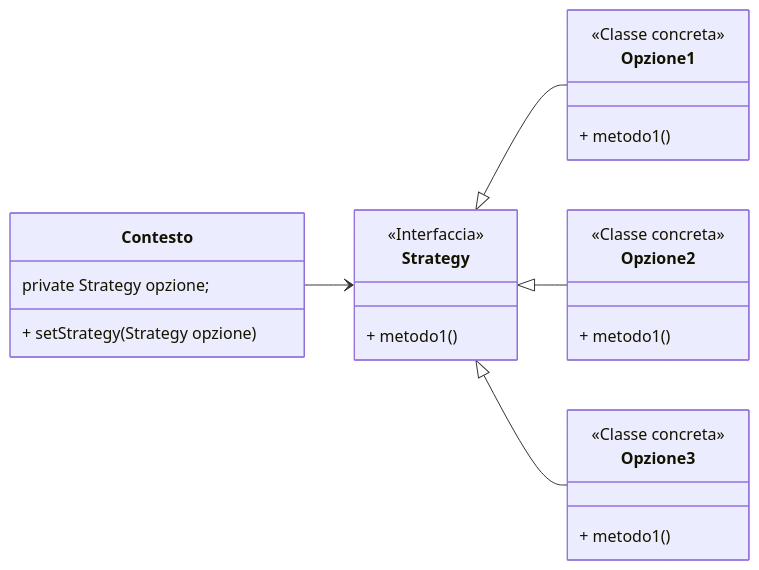
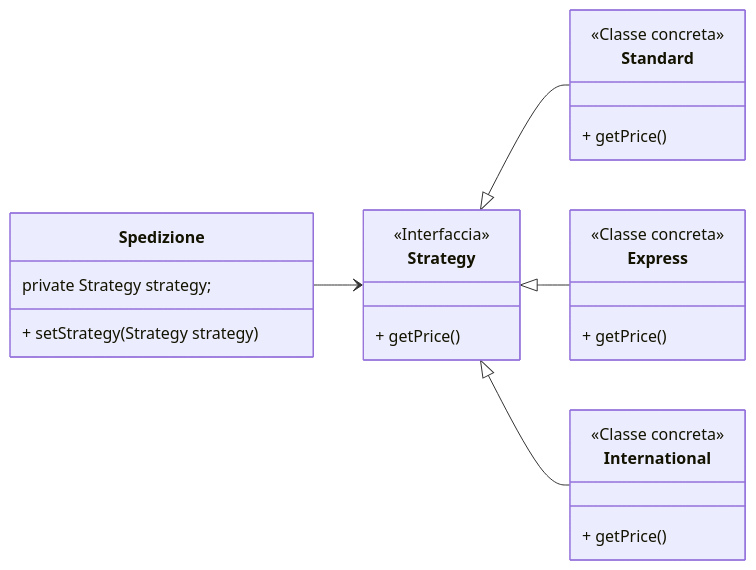
Diagram 12 of 12 in universita/oop.md (comarandr/comarandr.github.io), drawn with Mermaid before and after one commit. The commit also changed other lines of this file and 1 other file, not shown here.

````diff
--- a/universita/oop.md
+++ b/universita/oop.md
@@ -1515,34 +1512,34 @@
 ```mermaid
 classDiagram
     direction LR
 
-    class Contesto{
-        private Strategy opzione;
-        + setStrategy(Strategy opzione)
+    class Spedizione{
+        private Strategy strategy;
+        + setStrategy(Strategy strategy)
     }
 
     class Strategy {
     <<Interfaccia>>
-    + metodo1()
+    + getPrice()
     }
 
-    class Opzione1{
+    class Standard{
         <<Classe concreta>>
-        + metodo1()
+        + getPrice()
     }
 
-    class Opzione2{
+    class Express{
         <<Classe concreta>>
-        + metodo1()
+        + getPrice()
     }
 
-    class Opzione3{
+    class International{
         <<Classe concreta>>
-        + metodo1()
+        + getPrice()
     }
 
-    Contesto --> Strategy
-    Strategy <|-- Opzione1
-    Strategy <|-- Opzione2
-    Strategy <|-- Opzione3
+    Spedizione --> Strategy
+    Strategy <|-- Standard
+    Strategy <|-- Express
+    Strategy <|-- International
 ```
````
